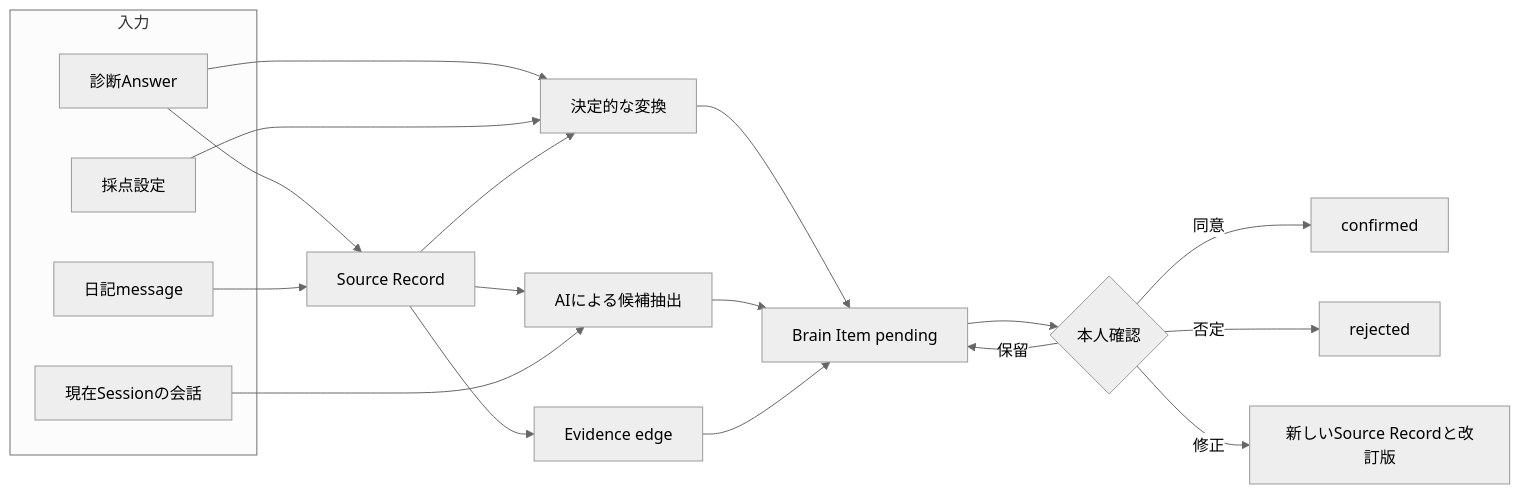
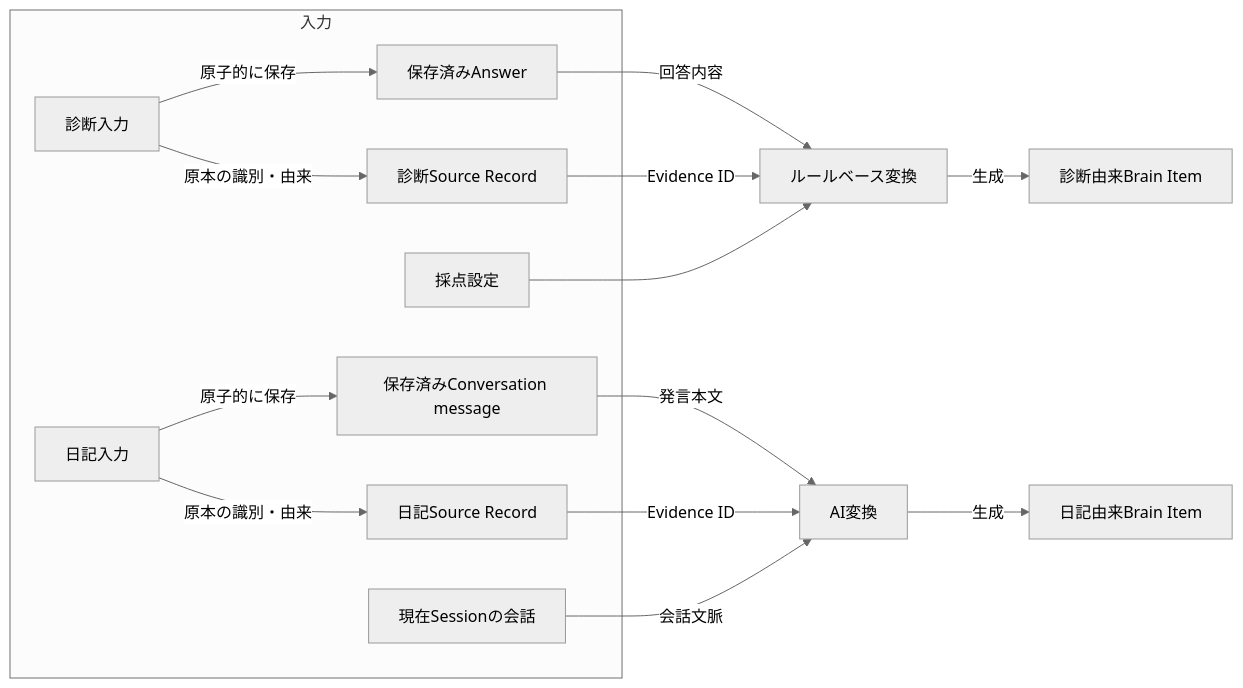
One commit to kkyosuke/me-builder changed the first of 4 diagrams in docs/domain/brain/brain-item-generation-design.md. Above: the diagram before and after it, drawn with Mermaid (neutral theme). The commit also changed other lines of this file and 5 other files, not shown here.

Commit message:
docs(docs): simplify brain item lifecycle

````diff
--- a/docs/domain/brain/brain-item-generation-design.md
+++ b/docs/domain/brain/brain-item-generation-design.md
@@ -31,27 +33,27 @@
 ```mermaid
 flowchart LR
     subgraph INPUT[入力]
-        DS[診断Answer]
+        DS[診断入力]
+        DA[保存済みAnswer]
+        DSR[診断Source Record]
         DC[採点設定]
-        DM[日記message]
+        DM[日記入力]
+        CM[保存済みConversation message]
+        ISR[日記Source Record]
         CH[現在Sessionの会話]
     end
 
-    DS --> SR[Source Record]
-    DM --> SR
-    DS --> DT[決定的な変換]
+    DS -->|原子的に保存| DA
+    DS -->|原本の識別・由来| DSR
+    DM -->|原子的に保存| CM
+    DM -->|原本の識別・由来| ISR
+    DA -->|回答内容| DT[ルールベース変換]
+    DSR -->|Evidence ID| DT
     DC --> DT
-    SR --> DT
-    SR --> AI[AIによる候補抽出]
-    CH --> AI
+    CM -->|発言本文| AI[AI変換]
+    ISR -->|Evidence ID| AI
+    CH -->|会話文脈| AI
 
-    DT --> BI[Brain Item pending]
-    AI --> BI
-    SR --> EE[Evidence edge]
-    EE --> BI
-    BI --> CF{本人確認}
-    CF -->|同意| OK[confirmed]
-    CF -->|否定| NG[rejected]
-    CF -->|修正| RV[新しいSource Recordと改訂版]
-    CF -->|保留| BI
+    DT -->|生成| DBI[診断由来Brain Item]
+    AI -->|生成| IBI[日記由来Brain Item]
 ```
````
